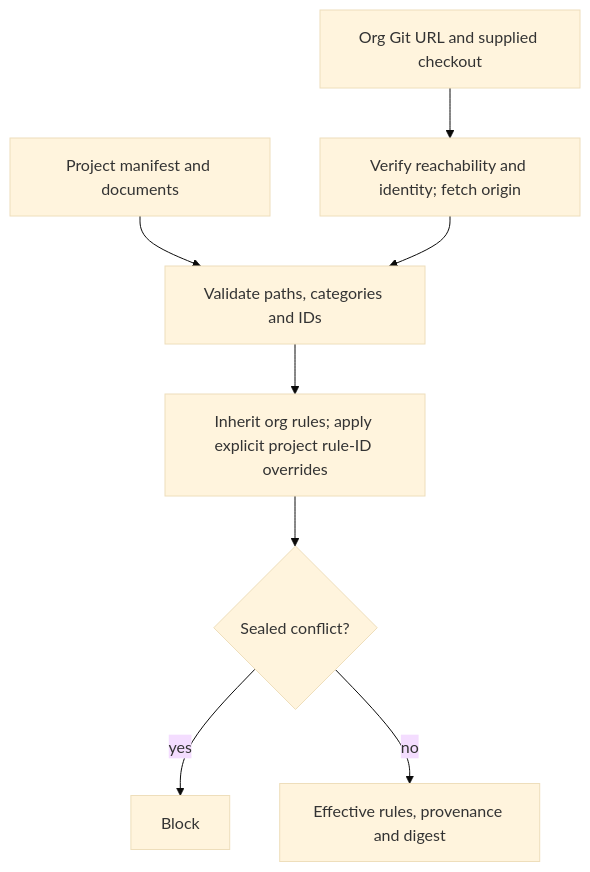
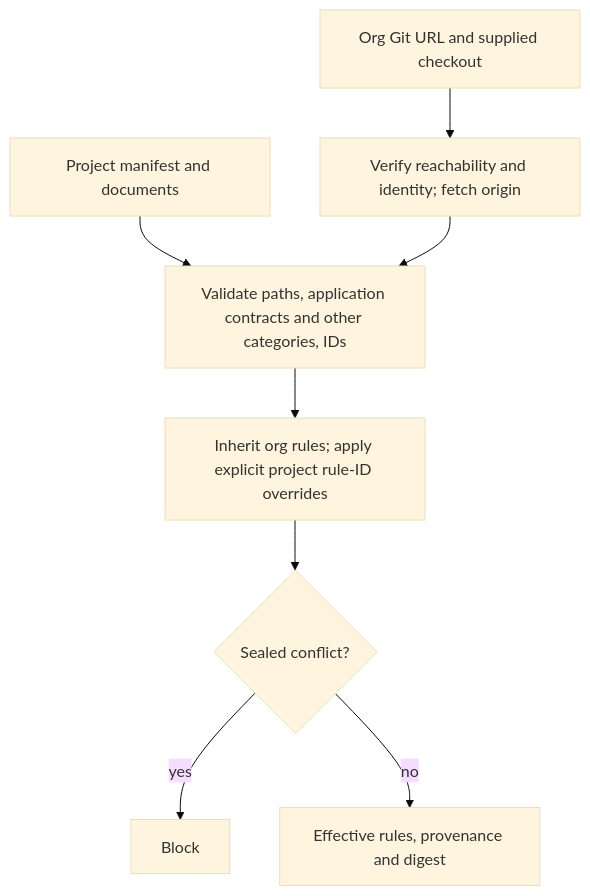
Before and after one commit to wgentil/devflow: the first of 2 diagrams in skills/project-context/GUIDE.md, drawn with Mermaid (base theme). The commit also changed other lines of this file and 34 other files, not shown here.

Commit message:
Require governing reassessment and preserve application contracts

````diff
--- a/skills/project-context/GUIDE.md
+++ b/skills/project-context/GUIDE.md
@@ -101,10 +101,10 @@
 ```mermaid
 flowchart TD
-    P[Project manifest and documents] --> V[Validate paths, categories and IDs]
+    P[Project manifest and documents] --> V[Validate paths, application contracts and other categories, IDs]
     O[Org Git URL and supplied checkout] --> R[Verify reachability and identity; fetch origin]
     R --> V
     V --> I[Inherit org rules; apply explicit project rule-ID overrides]
     I --> S{Sealed conflict?}
     S -->|yes| B[Block]
     S -->|no| E[Effective rules, provenance and digest]
 ```
````
